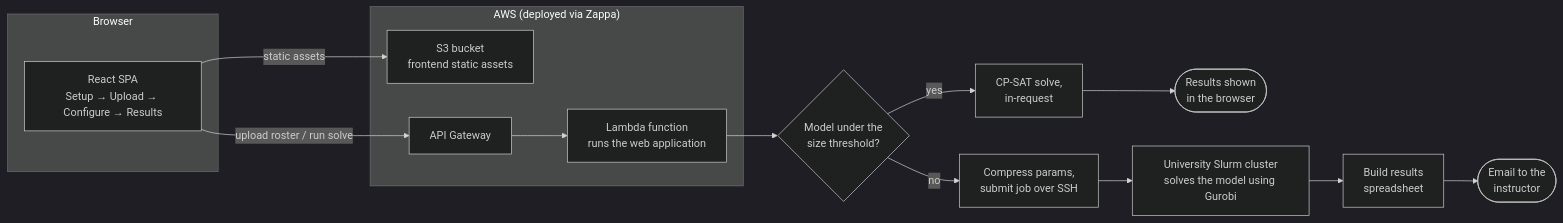
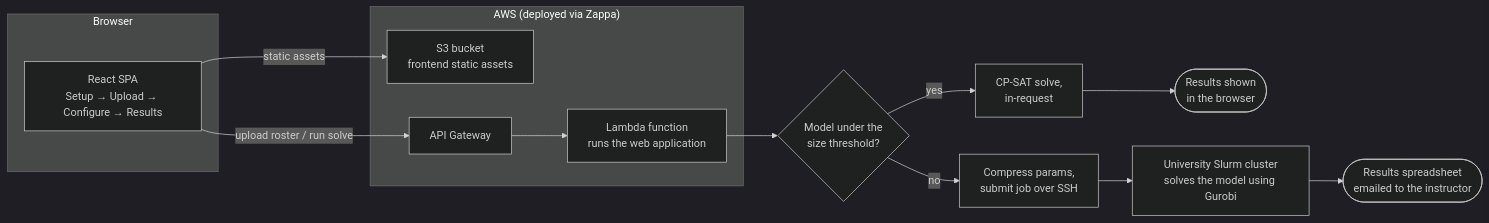
Before and after one commit to nlvargas/MATE: the diagram in docs/TECHNICAL_OVERVIEW.md, drawn with Mermaid (dark theme). The commit also changed other lines of this file and 14 other files, not shown here.

````diff
--- a/docs/TECHNICAL_OVERVIEW.md
+++ b/docs/TECHNICAL_OVERVIEW.md
@@ -49,26 +49,25 @@
 ```mermaid
 flowchart LR
     subgraph Client["Browser"]
         SPA["React SPA<br/>Setup → Upload → Configure → Results"]
     end
 
     subgraph Hosting["AWS (deployed via Zappa)"]
         S3["S3 bucket<br/>frontend static assets"]
         APIGW["API Gateway"]
         Lambda["Lambda function<br/>runs the web application"]
     end
 
     SPA -->|"static assets"| S3
     SPA -->|"upload roster / run solve"| APIGW
     APIGW --> Lambda
 
     Lambda --> RunModel{"Model under the<br/>size threshold?"}
 
     RunModel -->|"yes"| SolveSync["CP-SAT solve,<br/>in-request"]
     SolveSync --> Show(["Results shown<br/>in the browser"])
 
     RunModel -->|"no"| Upload["Compress params,<br/>submit job over SSH"]
     Upload --> Cluster["University Slurm cluster<br/>solves the model using Gurobi"]
-    Cluster --> Excel["Build results<br/>spreadsheet"]
-    Excel --> Email(["Email to the<br/>instructor"])
+    Cluster --> Email(["Results spreadsheet<br/>emailed to the instructor"])
 ```
````
